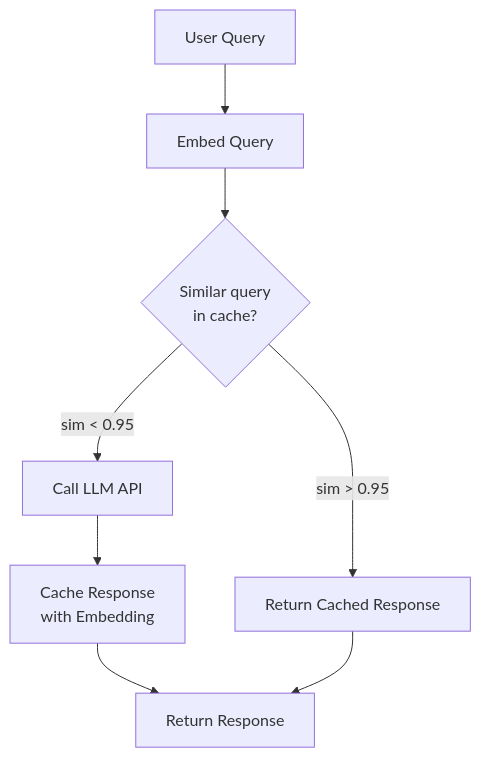
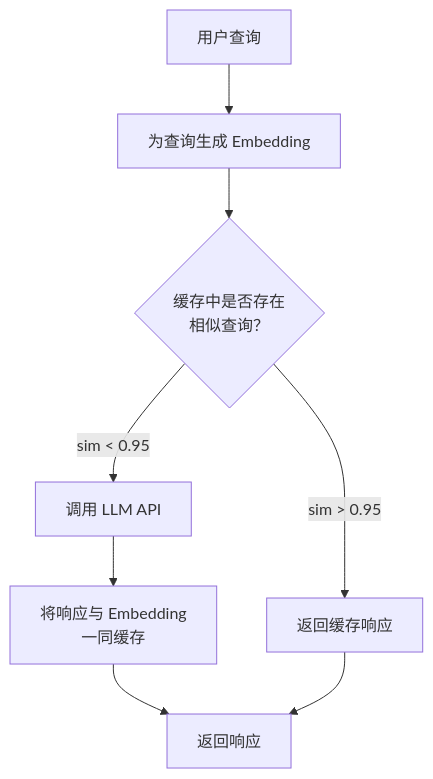
The second of 3 diagrams in phases/11-llm-engineering/11-caching-cost/docs/en.md (cluster1900/ai-engineering-from-scratch-zh), drawn with Mermaid before and after one commit. The commit also changed other lines of this file and 1 other file, not shown here.

````diff
--- a/phases/11-llm-engineering/11-caching-cost/docs/en.md
+++ b/phases/11-llm-engineering/11-caching-cost/docs/en.md
@@ -83,10 +83,10 @@
 ```mermaid
 flowchart TD
-    A[User Query] --> B[Embed Query]
-    B --> C{Similar query<br/>in cache?}
-    C -->|sim > 0.95| D[Return Cached Response]
-    C -->|sim < 0.95| E[Call LLM API]
-    E --> F[Cache Response<br/>with Embedding]
-    F --> G[Return Response]
+    A[用户查询] --> B[为查询生成 Embedding]
+    B --> C{缓存中是否存在<br/>相似查询？}
+    C -->|sim > 0.95| D[返回缓存响应]
+    C -->|sim < 0.95| E[调用 LLM API]
+    E --> F[将响应与 Embedding<br/>一同缓存]
+    F --> G[返回响应]
     D --> G
 ```
````
